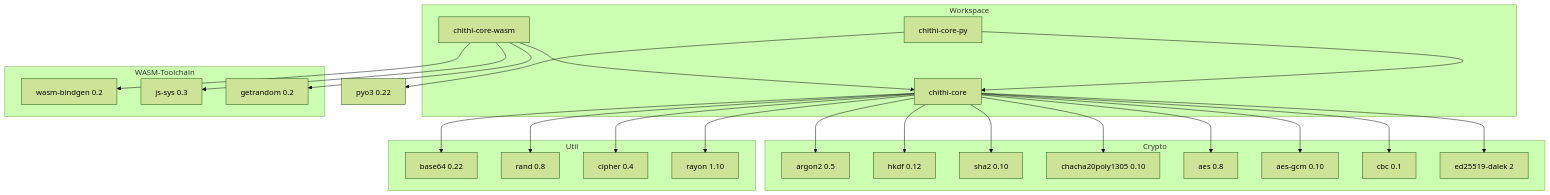
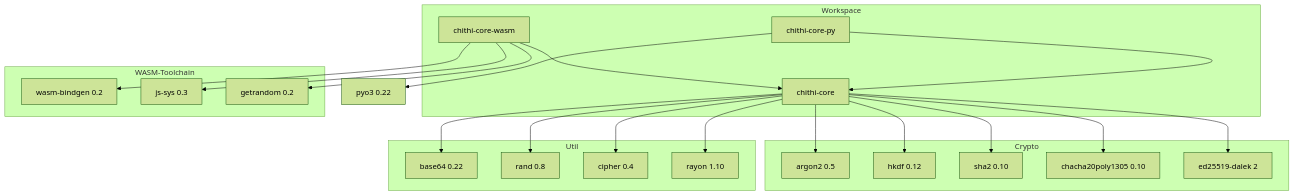
Diagram 29 of 33 in apps/docs/crypto-architecture.md (chithi-dev/chithi), drawn with Mermaid (forest theme) before and after one commit. The commit also changed other lines of this file, not shown here.

First line of the commit message:
docs: update crypto-architecture.md for XChaCha20-Poly1305 migration

````diff
--- a/apps/docs/crypto-architecture.md
+++ b/apps/docs/crypto-architecture.md
@@ -981,53 +870,47 @@
 ```mermaid
 graph TD
     subgraph Workspace
         Core[chithi-core]
         WASM[chithi-core-wasm]
         Py[chithi-core-py]
     end
 
     subgraph Crypto
         Argon2[argon2 0.5]
         HKDF[hkdf 0.12]
         SHA2[sha2 0.10]
         ChaCha[chacha20poly1305 0.10]
-        AES[aes 0.8]
-        AESGCM[aes-gcm 0.10]
-        CBC[cbc 0.1]
         Ed25519[ed25519-dalek 2]
     end
 
     subgraph Util
         Base64[base64 0.22]
         Rand[rand 0.8]
         Cipher[cipher 0.4]
         Rayon[rayon 1.10]
     end
 
     subgraph WASM-Toolchain
         WB[wasm-bindgen 0.2]
         JS[js-sys 0.3]
         GetR[getrandom 0.2]
     end
 
     Core --> Argon2
     Core --> HKDF
     Core --> SHA2
     Core --> ChaCha
-    Core --> AES
-    Core --> AESGCM
-    Core --> CBC
     Core --> Ed25519
     Core --> Base64
     Core --> Rand
     Core --> Cipher
     Core --> Rayon
 
     WASM --> Core
     WASM --> WB
     WASM --> JS
     WASM --> GetR
 
     Py --> Core
     Py --> PyO3[pyo3 0.22]
 ```
````
